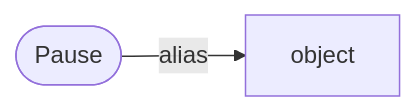
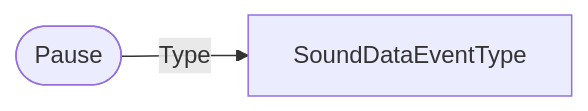
Before and after one commit to bedrock-v/protocol-docs: the diagram in schemas/types/Pause.md, drawn with Mermaid. The commit also changed other lines of this file and 73 other files, not shown here.

````diff
--- a/schemas/types/Pause.md
+++ b/schemas/types/Pause.md
@@ -5,4 +5,5 @@
 ```mermaid
 flowchart LR
-  ROOT(["Pause"]) -->|alias| object["object"]
+  ROOT(["Pause"])
+  ROOT -->|"Type"| SoundDataEventType["SoundDataEventType"]
 ```
````
